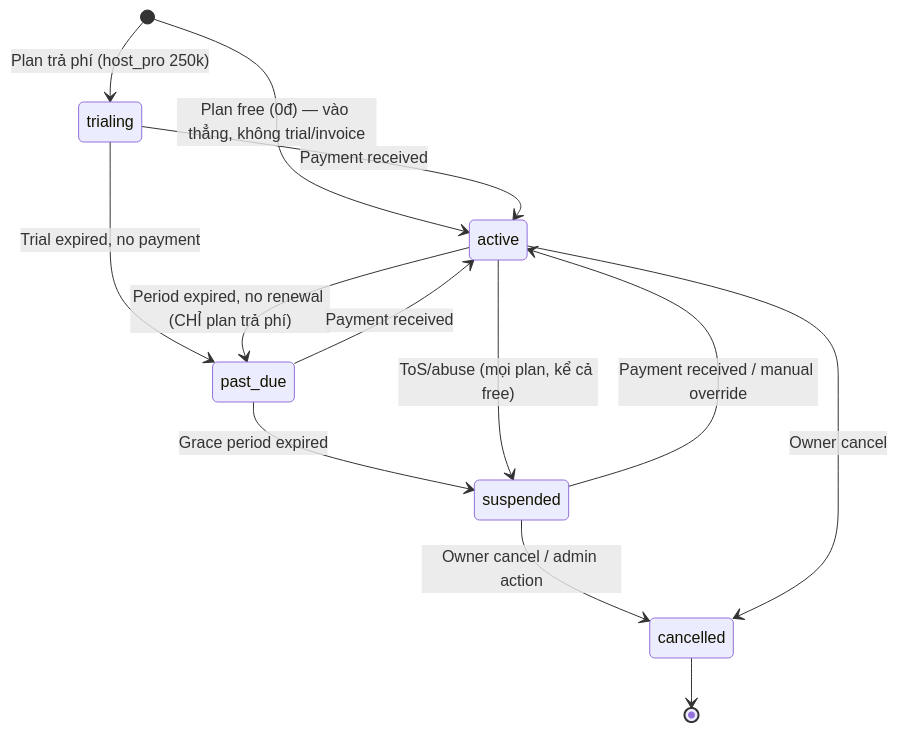
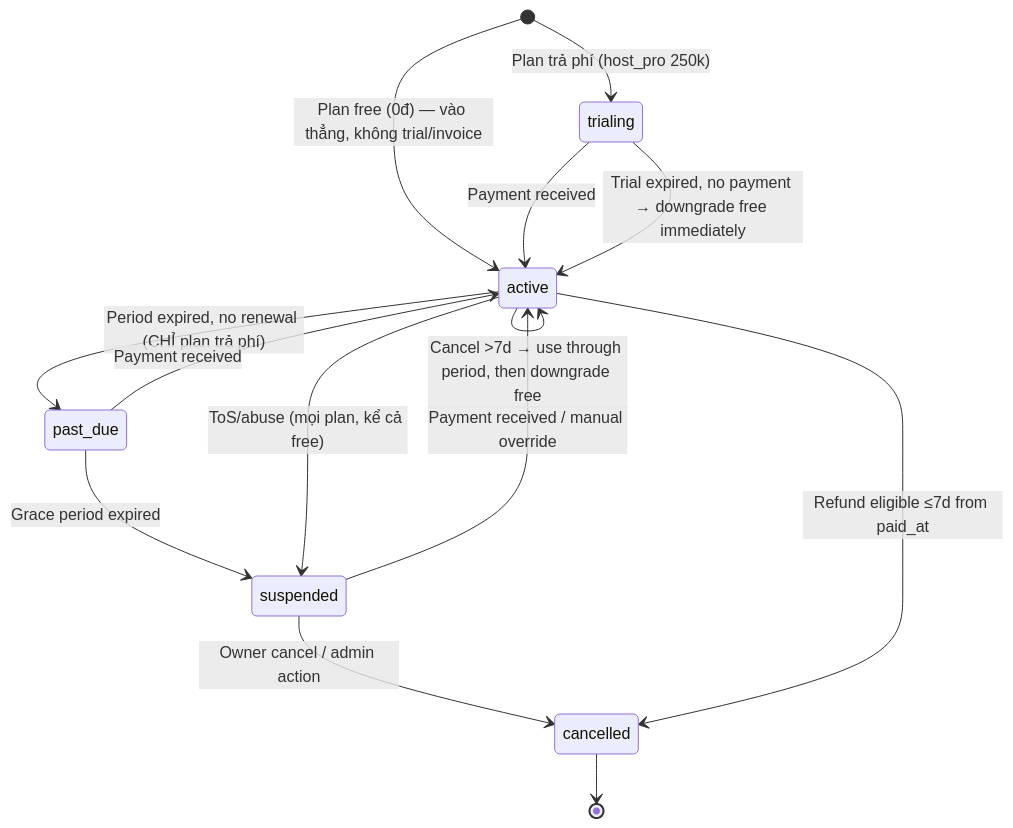
Before and after one commit to maingocanh1702/plexco-app: the diagram in docs/features/feature_billing_lifecycle.md, drawn with Mermaid. The commit also changed other lines of this file and 63 other files, not shown here.

````diff
--- a/docs/features/feature_billing_lifecycle.md
+++ b/docs/features/feature_billing_lifecycle.md
@@ -105,15 +106,16 @@
 ```mermaid
 stateDiagram-v2
     [*] --> active: Plan free (0đ) — vào thẳng, không trial/invoice
     [*] --> trialing: Plan trả phí (host_pro 250k)
     trialing --> active: Payment received
-    trialing --> past_due: Trial expired, no payment
+    trialing --> active: Trial expired, no payment → downgrade free immediately
     active --> past_due: Period expired, no renewal (CHỈ plan trả phí)
     past_due --> suspended: Grace period expired
     past_due --> active: Payment received
     suspended --> active: Payment received / manual override
     active --> suspended: ToS/abuse (mọi plan, kể cả free)
     suspended --> cancelled: Owner cancel / admin action
-    active --> cancelled: Owner cancel
+    active --> cancelled: Refund eligible ≤7d from paid_at
+    active --> active: Cancel >7d → use through period, then downgrade free
     cancelled --> [*]
 ```
````
